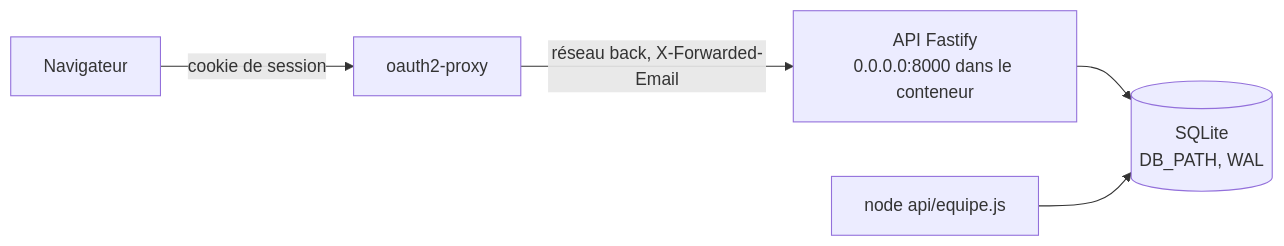
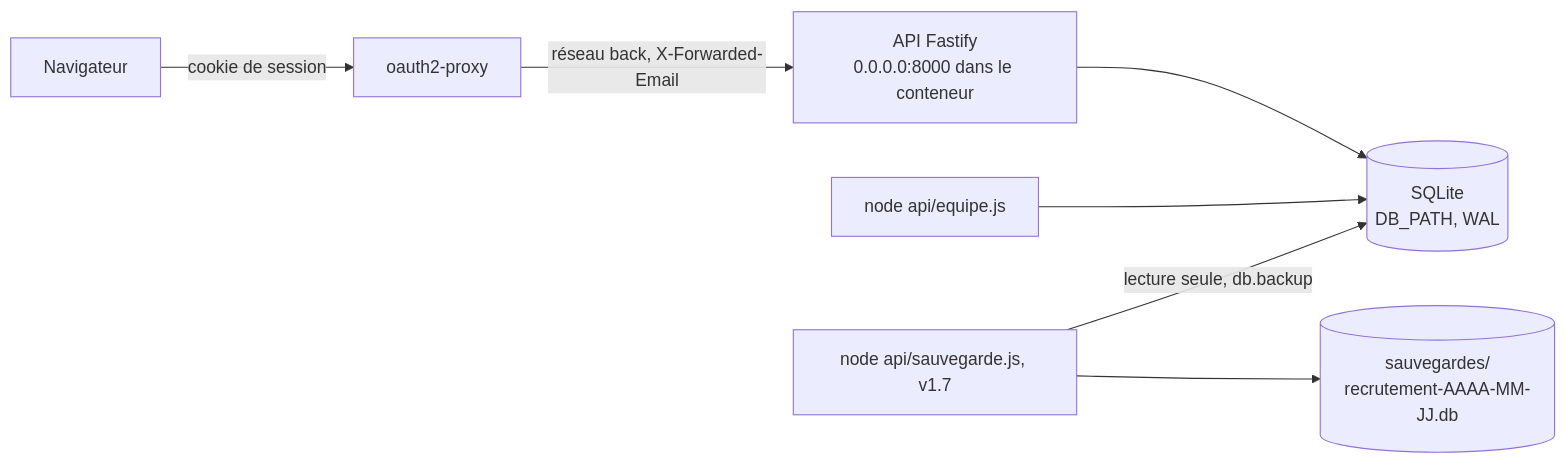
One commit to design-cpu/yeita-recrutement changed the diagram in hlyja/technique/api.md. Above: the diagram before and after it, drawn with Mermaid. The commit also changed other lines of this file and 14 other files, not shown here.

````diff
--- a/hlyja/technique/api.md
+++ b/hlyja/technique/api.md
@@ -17,7 +17,9 @@
 ```mermaid
 flowchart LR
   N[Navigateur] -->|cookie de session| P[oauth2-proxy]
   P -->|réseau back, X-Forwarded-Email| A[API Fastify\n0.0.0.0:8000 dans le conteneur]
   A --> D[(SQLite\nDB_PATH, WAL)]
   C[node api/equipe.js] --> D
+  S[node api/sauvegarde.js, v1.7] -->|lecture seule, db.backup| D
+  S --> B[(sauvegardes/\nrecrutement-AAAA-MM-JJ.db)]
 ```
````
